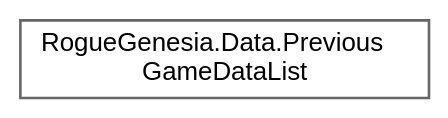
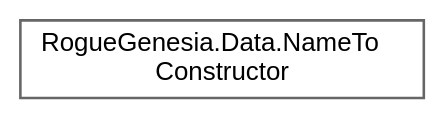
Before and after one commit to PlexusDuMenton/RogueGenesiaModAPI: the diagram in inherit_graph_109.dot, drawn with Graphviz. The commit also changed 3407 other files, not shown here.

```diff
--- a/inherit_graph_109.dot
+++ b/inherit_graph_109.dot
@@ -1,9 +1,9 @@
 digraph "Graphical Class Hierarchy"
 {
  // LATEX_PDF_SIZE
   bgcolor="transparent";
   edge [fontname=Helvetica,fontsize=10,labelfontname=Helvetica,labelfontsize=10];
   node [fontname=Helvetica,fontsize=10,shape=box,height=0.2,width=0.4];
   rankdir="LR";
-  Node0 [label="RogueGenesia.Data.Previous\lGameDataList",height=0.2,width=0.4,color="grey40", fillcolor="white", style="filled",URL="$class_rogue_genesia_1_1_data_1_1_previous_game_data_list.html",tooltip=" "];
+  Node0 [label="RogueGenesia.Data.NameTo\lConstructor",height=0.2,width=0.4,color="grey40", fillcolor="white", style="filled",URL="$struct_rogue_genesia_1_1_data_1_1_name_to_constructor.html",tooltip=" "];
 }
```
